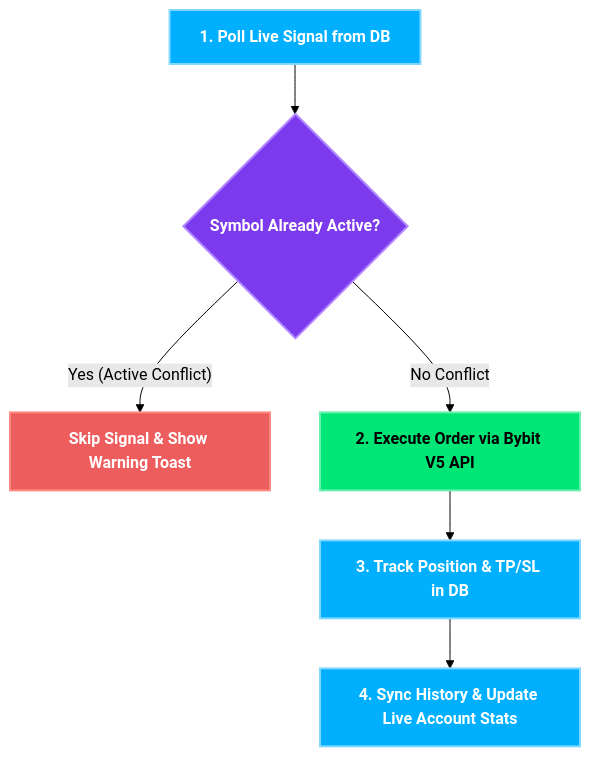
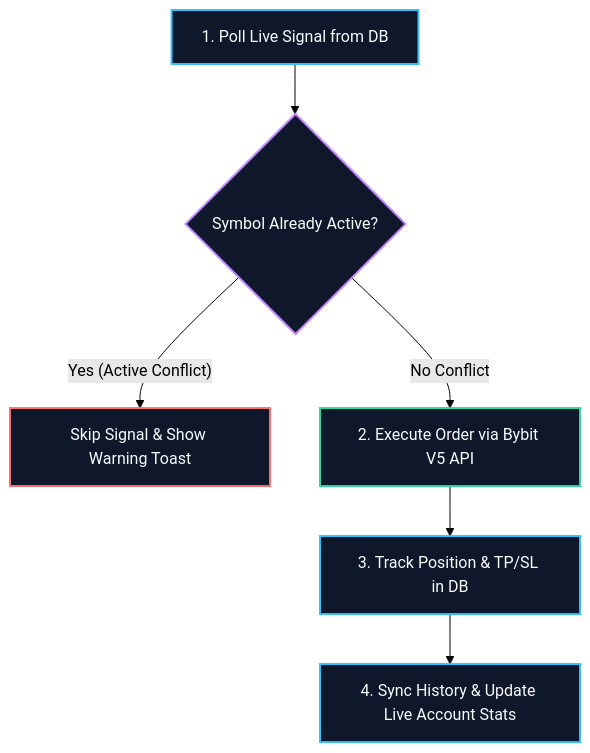
One commit to 21Afnan/cryptosight changed the third of 3 diagrams in README.md. Above: the diagram before and after it, drawn with Mermaid (forest theme). The commit also changed other lines of this file, not shown here.

````diff
--- a/README.md
+++ b/README.md
@@ -148,20 +148,20 @@
 ```mermaid
 flowchart TD
     A["1. Poll Live Signal from DB"] --> B{"Symbol Already Active?"}
     B -- "Yes (Active Conflict)" --> C["Skip Signal & Show Warning Toast"]
     B -- "No Conflict" --> D["2. Execute Order via Bybit V5 API"]
     D --> E["3. Track Position & TP/SL in DB"]
     E --> F["4. Sync History & Update Live Account Stats"]
 
-    classDef startNode fill:#00b0ff,stroke:#80d8ff,stroke-width:2px,color:#ffffff,font-weight:bold;
-    classDef decision fill:#7c3aed,stroke:#b388ff,stroke-width:2px,color:#ffffff,font-weight:bold;
-    classDef warning fill:#EE5D5D,stroke:#ff8a80,stroke-width:2px,color:#ffffff,font-weight:bold;
-    classDef success fill:#00E676,stroke:#69f0ae,stroke-width:2px,color:#000000,font-weight:bold;
-    classDef stepNode fill:#00b0ff,stroke:#80d8ff,stroke-width:2px,color:#ffffff,font-weight:bold;
+    classDef startNode fill:#0f172a,stroke:#38bdf8,stroke-width:2px,color:#f8fafc;
+    classDef decision fill:#0f172a,stroke:#c084fc,stroke-width:2px,color:#f8fafc;
+    classDef warning fill:#0f172a,stroke:#f87171,stroke-width:2px,color:#f8fafc;
+    classDef success fill:#0f172a,stroke:#34d399,stroke-width:2px,color:#f8fafc;
+    classDef stepNode fill:#0f172a,stroke:#38bdf8,stroke-width:2px,color:#f8fafc;
 
     class A startNode;
     class B decision;
     class C warning;
     class D success;
     class E,F stepNode;
 ```
````
